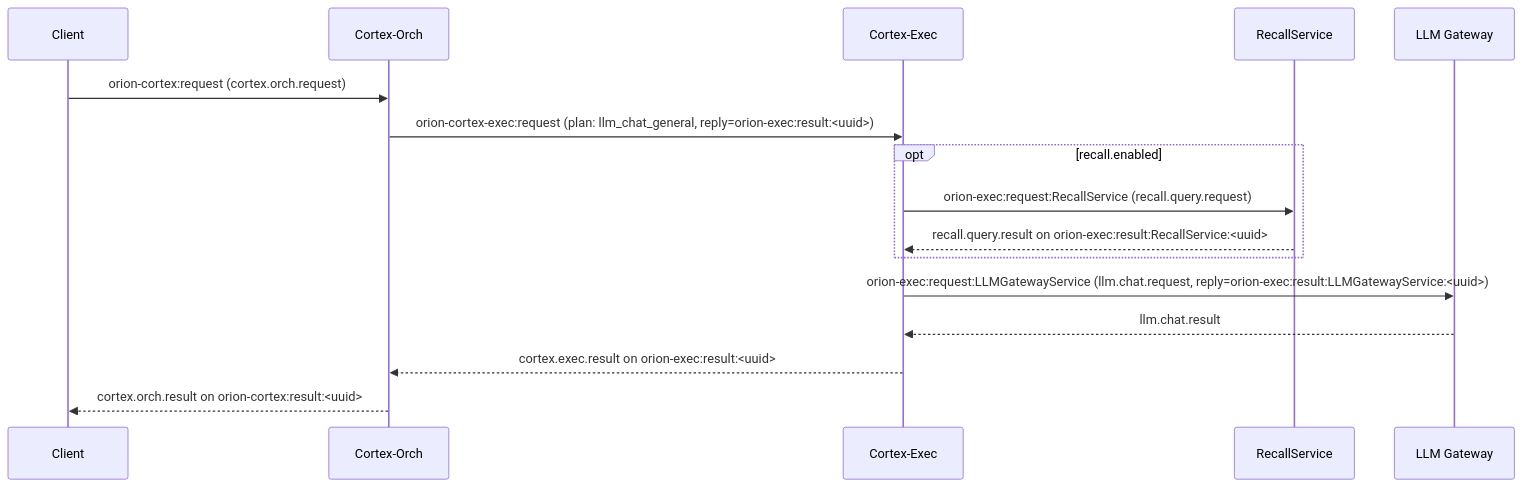
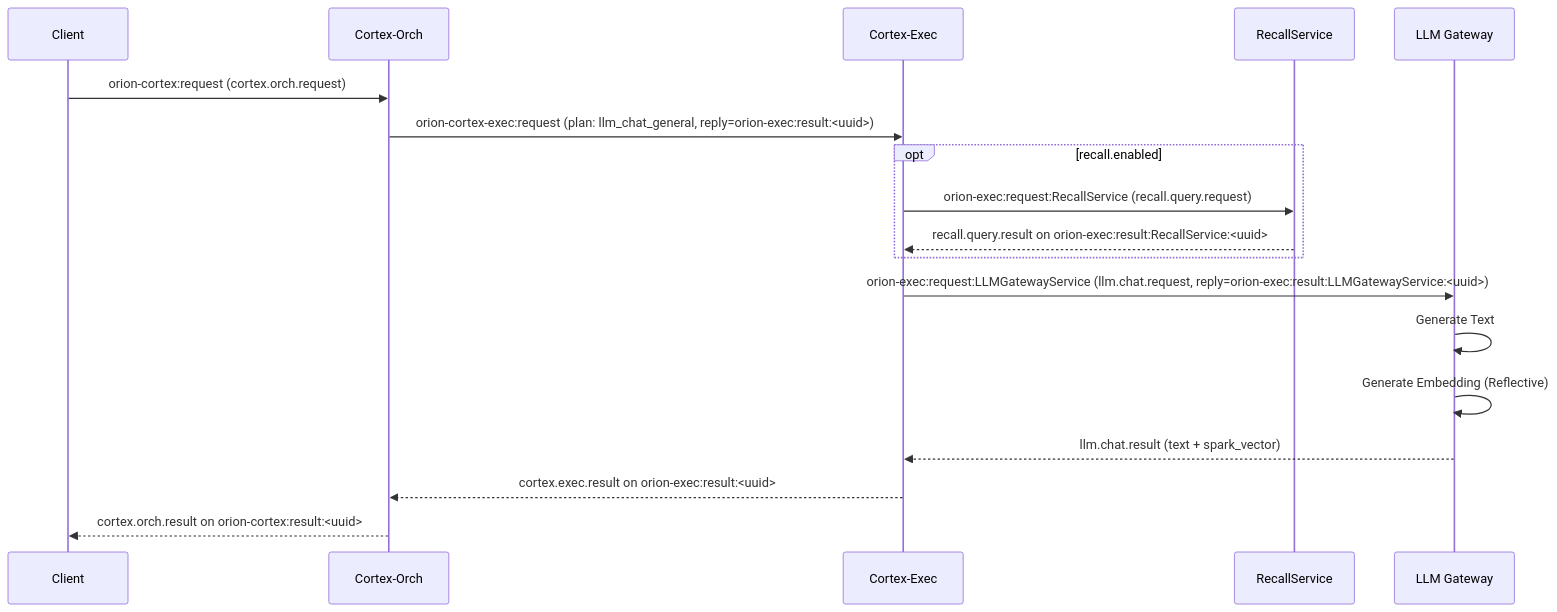
Before and after one commit to junebug-junie/Orion-Sapienform: the second of 4 diagrams in docs/llm_services.md, drawn with Mermaid. The commit also changed other lines of this file and 4 other files, not shown here.

````diff
--- a/docs/llm_services.md
+++ b/docs/llm_services.md
@@ -55,19 +82,21 @@
 ```mermaid
 sequenceDiagram
     participant Client
     participant Orch as Cortex-Orch
     participant Exec as Cortex-Exec
     participant Recall as RecallService
     participant LLM as LLM Gateway
 
     Client->>Orch: orion-cortex:request (cortex.orch.request)
     Orch->>Exec: orion-cortex-exec:request (plan: llm_chat_general, reply=orion-exec:result:<uuid>)
     opt recall.enabled
         Exec->>Recall: orion-exec:request:RecallService (recall.query.request)
         Recall-->>Exec: recall.query.result on orion-exec:result:RecallService:<uuid>
     end
     Exec->>LLM: orion-exec:request:LLMGatewayService (llm.chat.request, reply=orion-exec:result:LLMGatewayService:<uuid>)
-    LLM-->>Exec: llm.chat.result
+    LLM->>LLM: Generate Text
+    LLM->>LLM: Generate Embedding (Reflective)
+    LLM-->>Exec: llm.chat.result (text + spark_vector)
     Exec-->>Orch: cortex.exec.result on orion-exec:result:<uuid>
     Orch-->>Client: cortex.orch.result on orion-cortex:result:<uuid>
 ```
````
